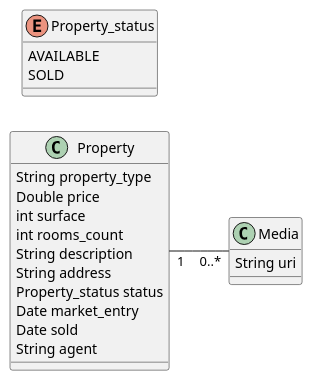
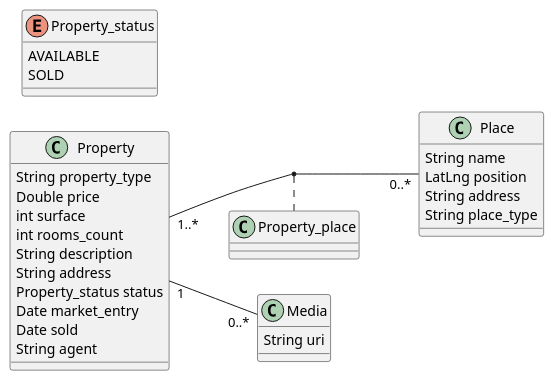
Before and after one commit to Gumpah/RealEstateManager: the diagram in diagrams/class_diagram.puml, drawn with PlantUML. The commit also changed 29 other files, not shown here.

```diff
--- a/diagrams/class_diagram.puml
+++ b/diagrams/class_diagram.puml
@@ -1,30 +1,43 @@
 @startuml
 'https://plantuml.com/class-diagram
 
 left to right direction
 
 class Property {
 String property_type
 Double price
 int surface
 int rooms_count
 String description
 String address
 Property_status status
 Date market_entry
 Date sold
 String agent
 }
 
 enum Property_status {
 AVAILABLE
 SOLD
 }
 
 class Media {
 String uri
 }
 
+class Place {
+String name
+LatLng position
+String address
+String place_type
+}
+
+class Property_place {
+}
+
 Property "1" -- "0..*" Media
 
+Property "1..*" -- "0..*" Place
+(Property, Place) .. Property_place
+
 @enduml
```
